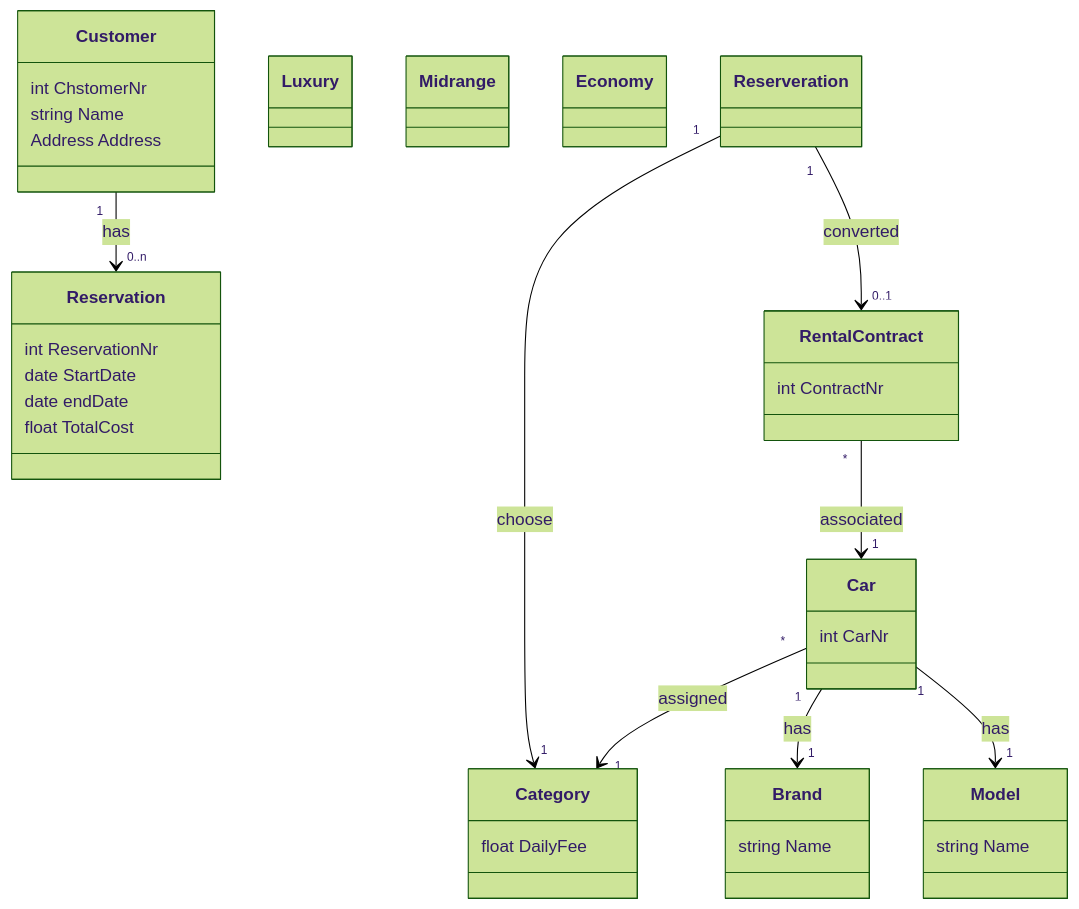
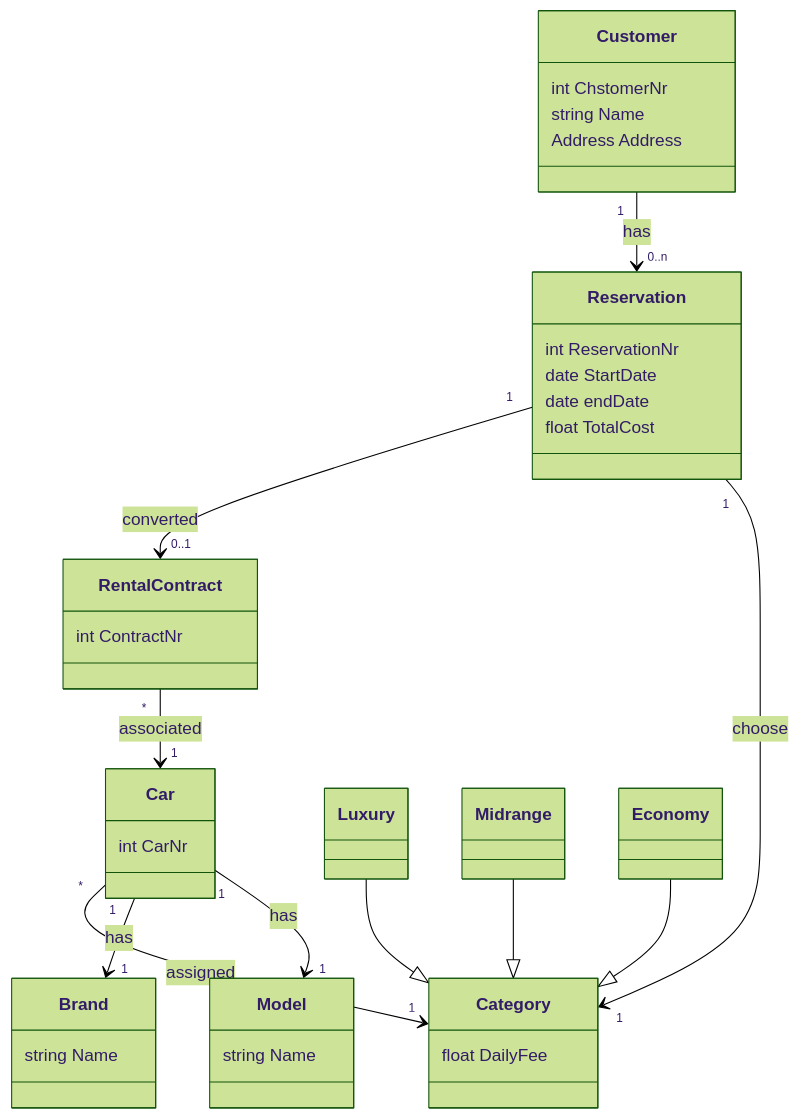
One commit to tsolenthaler/zbw-sad-carrent2124 changed the fourth of 4 diagrams in README.md. Above: the diagram before and after it, drawn with Mermaid (forest theme).

Commit message:
fix Domain Model

````diff
--- a/README.md
+++ b/README.md
@@ -86,49 +86,52 @@
 ```mermaid
 classDiagram
 class Customer{
     int ChstomerNr
     string Name
     Address Address
 }
 
 class Reservation{
     int ReservationNr
     date StartDate
     date endDate
     float TotalCost
 }
 
 class RentalContract{
     int ContractNr
 }
 
 class Car{
     int CarNr
 }
 
 class Model{
     string Name
 }
 
 class Brand{
     string Name
 }
 
 class Category {
     float DailyFee
 }
 
 class Luxury
 class Midrange
 class Economy
 
 Customer "1" --> "0..n" Reservation : has
-Reserveration "1" --> "0..1" RentalContract : converted
-Reserveration "1" --> "1" Category : choose
+Reservation "1" --> "0..1" RentalContract : converted
+Reservation "1" --> "1" Category : choose
 RentalContract "*" --> "1" Car : associated
 Car "*" --> "1" Category : assigned
 Car "1" --> "1" Brand : has
 Car "1" --> "1" Model : has
+Luxury --|> Category
+Midrange --|> Category
+Economy --|> Category
 
 
 ```
````
